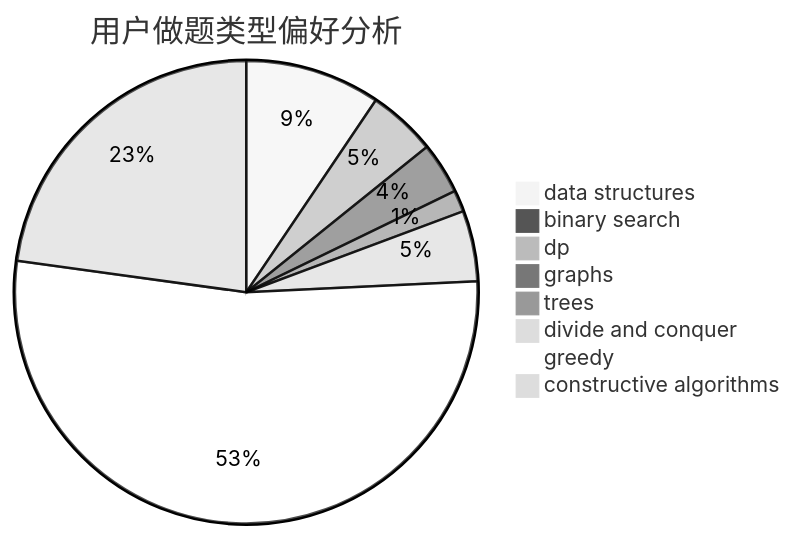
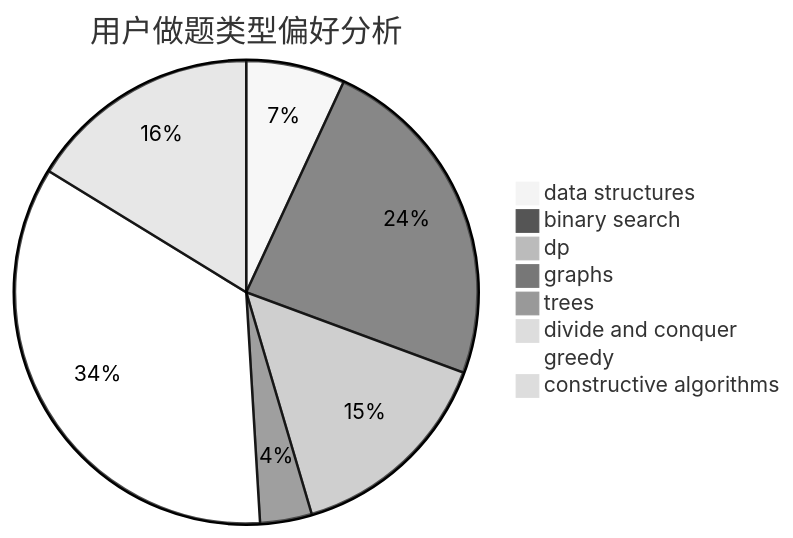
One commit to sherpahu/cfrs.github.io changed the second of 3 diagrams in docs/user/u1057.md. Above: the diagram before and after it, drawn with Mermaid (neutral theme). The commit also changed other lines of this file and 2770 other files, not shown here.

````diff
--- a/docs/user/u1057.md
+++ b/docs/user/u1057.md
@@ -23,11 +23,11 @@
 ```mermaid
 pie title 用户做题类型偏好分析
-    "data structures" :  113
-    "binary search" :  8
-    "dp" :  57
-    "graphs" :  43
-    "trees" :  18
-    "divide and conquer" :  59
-    "greedy" :  633
-    "constructive algorithms" :  273
+    "data structures" :  105
+    "binary search" :  361
+    "dp" :  225
+    "graphs" :  55
+    "trees" :  1
+    "divide and conquer" :  14
+    "greedy" :  528
+    "constructive algorithms" :  247
 ```
````
